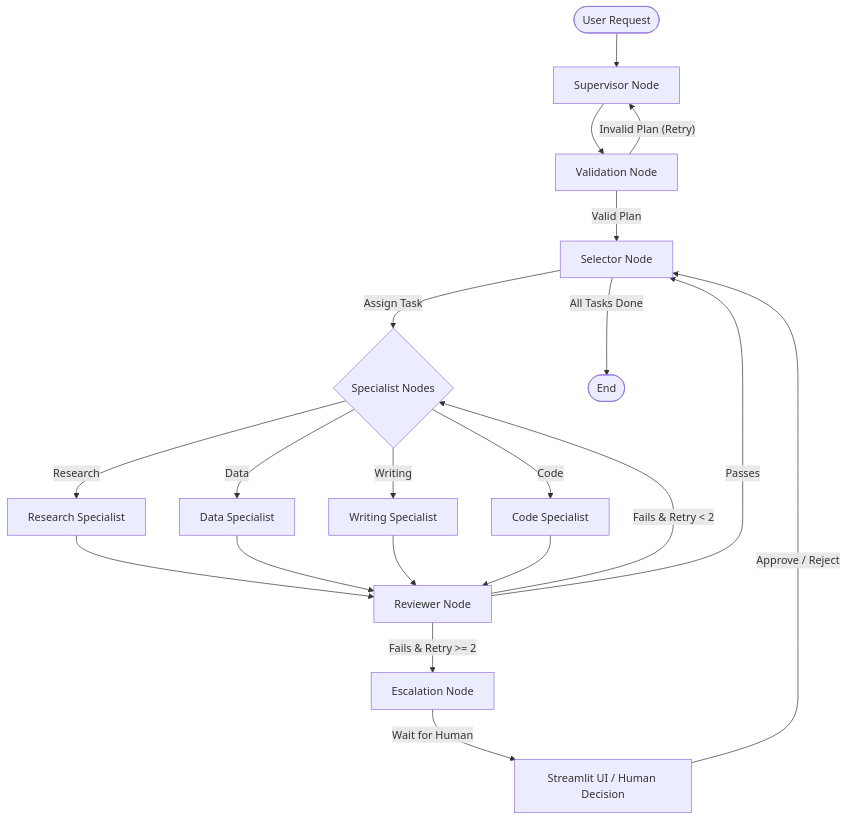
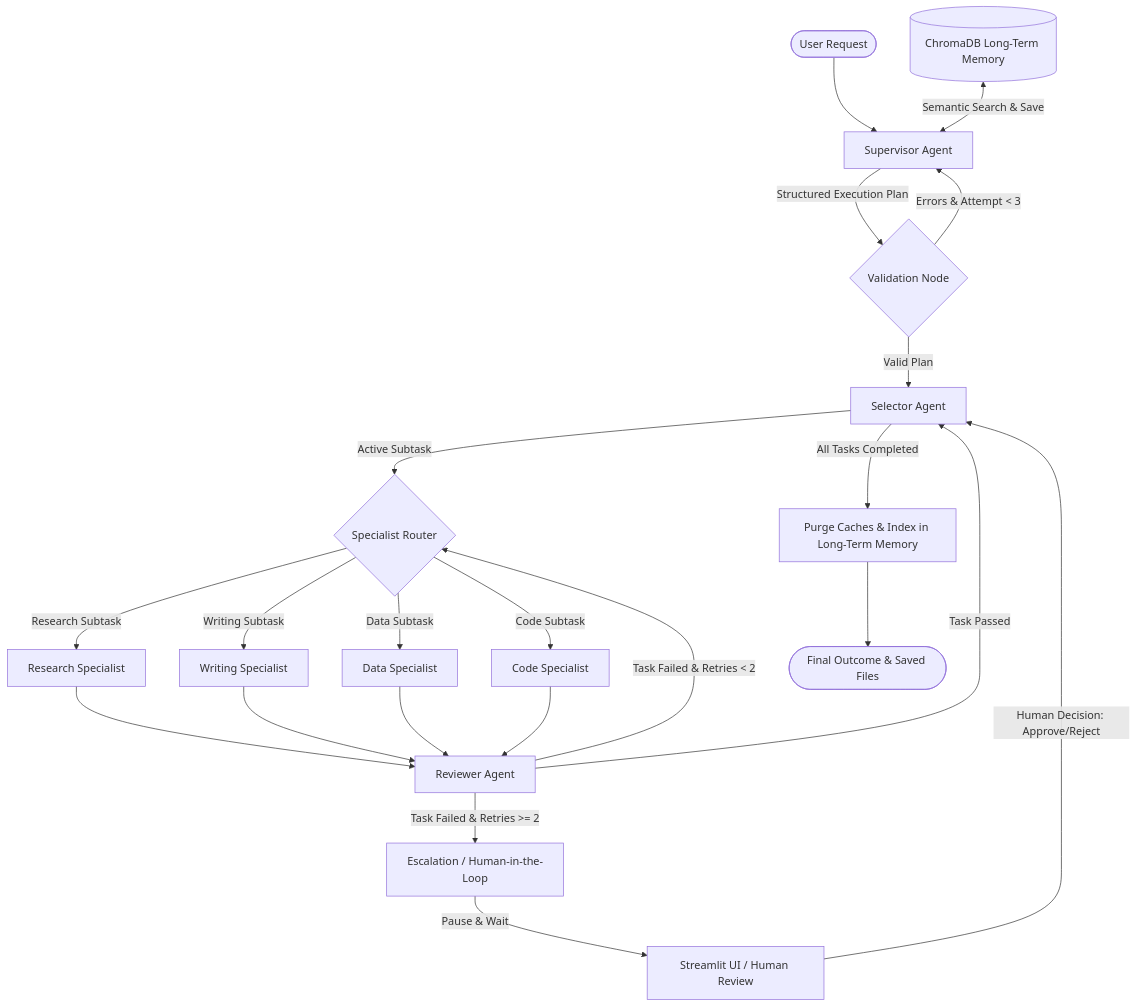
The first of 5 diagrams in README.md (divyyadav007/Agent-Orchestration-System-with-Tool-Use-Memory-and-Human-in-the-Loop), drawn with Mermaid before and after one commit. The commit also changed other lines of this file and 45 other files, not shown here.

````diff
--- a/README.md
+++ b/README.md
@@ -13,19 +16,30 @@
 ```mermaid
 graph TD
-    User([User Request]) --> Supervisor[Supervisor Node]
-    Supervisor --> Validate[Validation Node]
-    Validate -- Valid Plan --> Selector[Selector Node]
-    Validate -- Invalid Plan (Retry) --> Supervisor
-    Selector -- Assign Task --> Specialist{Specialist Nodes}
-    Specialist -- Research --> Research[Research Specialist]
-    Specialist -- Data --> Data[Data Specialist]
-    Specialist -- Writing --> Writing[Writing Specialist]
-    Specialist -- Code --> Code[Code Specialist]
-    Research & Data & Writing & Code --> Reviewer[Reviewer Node]
-    Reviewer -- Passes --> Selector
-    Reviewer -- Fails & Retry < 2 --> Specialist
-    Reviewer -- Fails & Retry >= 2 --> Escalation[Escalation Node]
-    Escalation -- Wait for Human --> HumanUI[Streamlit UI / Human Decision]
-    HumanUI -- Approve / Reject --> Selector
-    Selector -- All Tasks Done --> END([End])
+    User([User Request]) --> Supervisor[Supervisor Agent]
+    MemoryStore[(ChromaDB Long-Term Memory)] <--> |Semantic Search & Save| Supervisor
+    Supervisor --> |Structured Execution Plan| Validation{Validation Node}
+    Validation -->|Errors & Attempt < 3| Supervisor
+    Validation -->|Valid Plan| Selector[Selector Agent]
+    
+    Selector --> |Active Subtask| SpecialistRouter{Specialist Router}
+    
+    SpecialistRouter --> |Research Subtask| ResearchAgent[Research Specialist]
+    SpecialistRouter --> |Writing Subtask| WritingAgent[Writing Specialist]
+    SpecialistRouter --> |Data Subtask| DataAgent[Data Specialist]
+    SpecialistRouter --> |Code Subtask| CodeAgent[Code Specialist]
+    
+    ResearchAgent --> Reviewer[Reviewer Agent]
+    WritingAgent --> Reviewer
+    DataAgent --> Reviewer
+    CodeAgent --> Reviewer
+    
+    Reviewer --> |Task Passed| Selector
+    Reviewer --> |Task Failed & Retries < 2| SpecialistRouter
+    Reviewer --> |Task Failed & Retries >= 2| Escalation[Escalation / Human-in-the-Loop]
+    
+    Escalation --> |Pause & Wait| StreamlitUI[Streamlit UI / Human Review]
+    StreamlitUI --> |Human Decision: Approve/Reject| Selector
+    
+    Selector --> |All Tasks Completed| PurgeCache[ Purge Caches & Index in Long-Term Memory ]
+    PurgeCache --> FinalOutput([Final Outcome & Saved Files])
 ```
````
